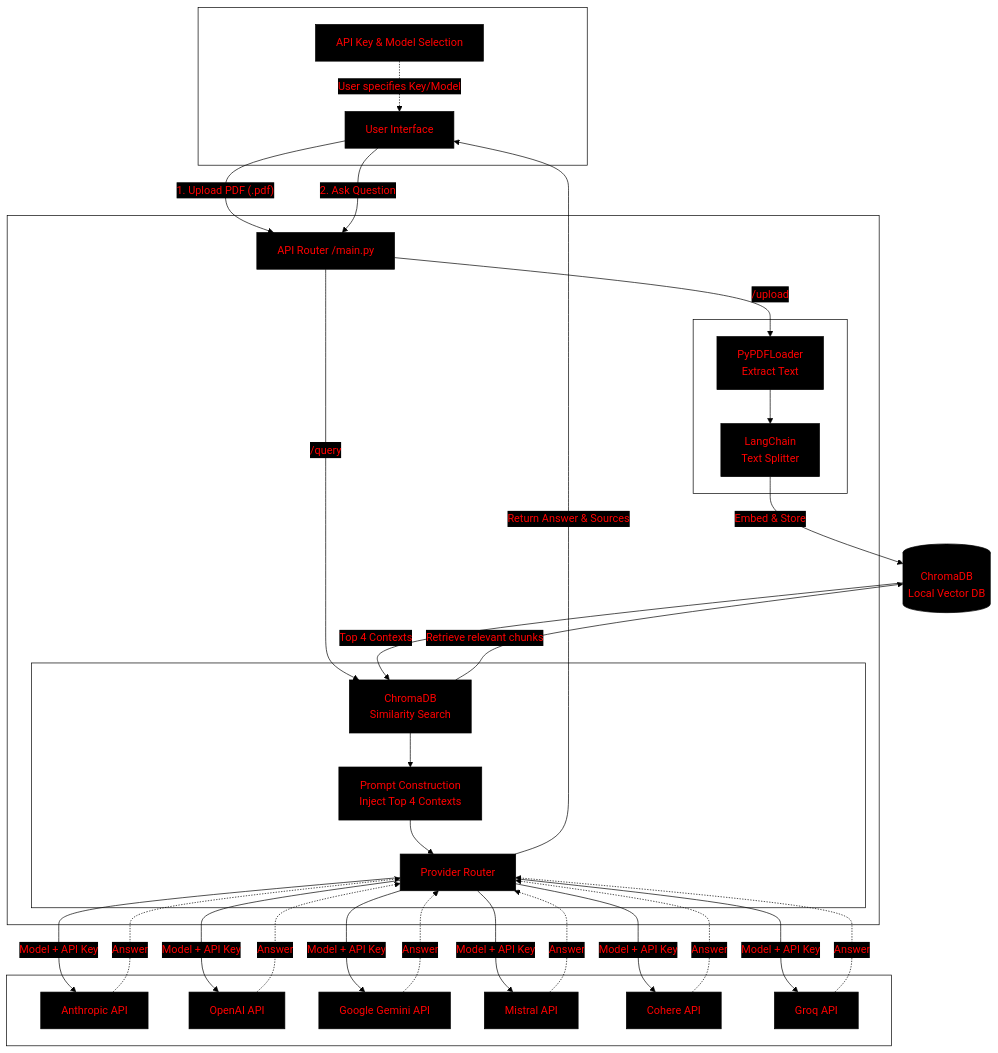
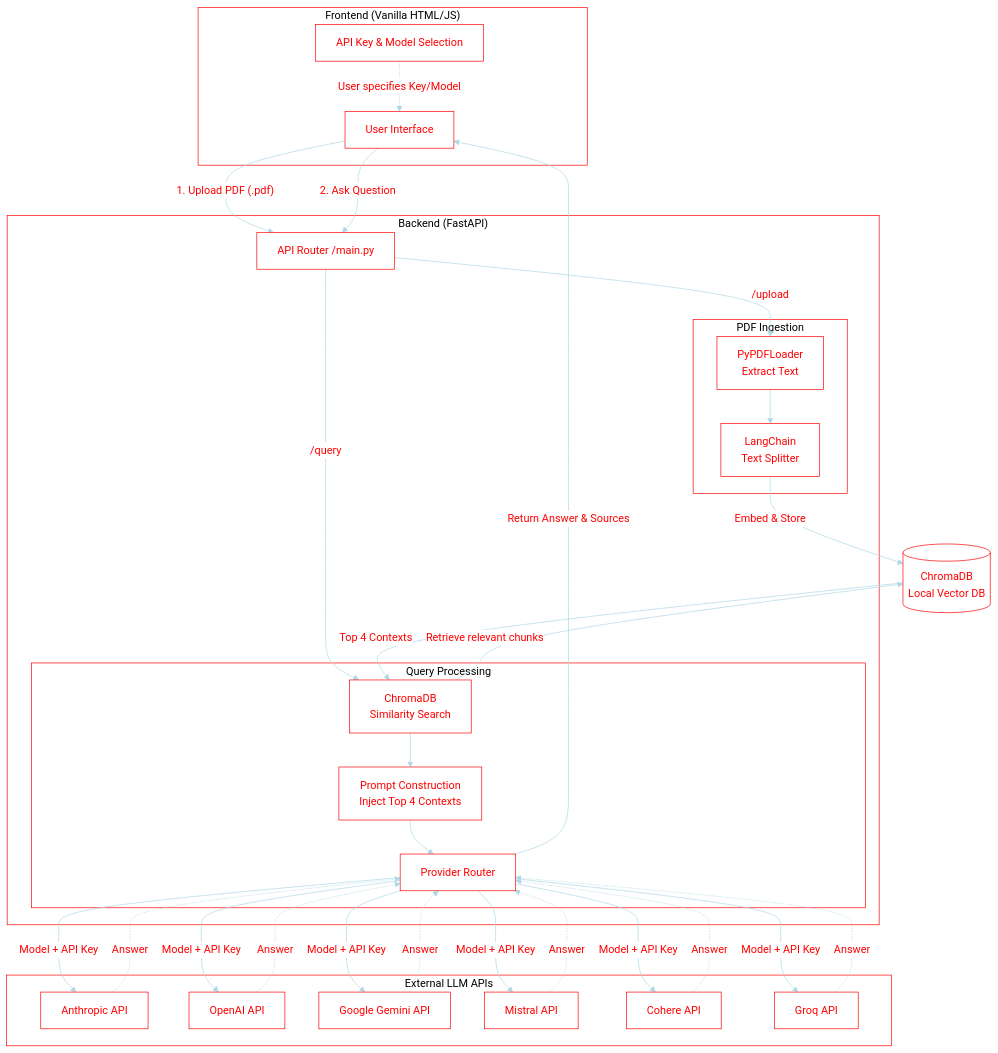
The diagram in README.md (kethanpabbi/DocMind---AI-Document-Q-A), drawn with Mermaid before and after one commit.

Commit message:
Update Mermaid styling: transparent bg, blue arrows, red outlines

````diff
--- a/README.md
+++ b/README.md
@@ -72,79 +72,78 @@
 ```mermaid
 %%{init: {
   'theme': 'base',
   'themeVariables': {
-    'background': '#ffffff',
-    'primaryColor': '#000000',
+    'primaryColor': '#ffffff',
     'primaryTextColor': '#ff0000',
-    'primaryBorderColor': '#000000',
-    'lineColor': '#000000',
-    'secondaryColor': '#000000',
-    'tertiaryColor': '#000000',
-    'clusterBkg': '#ffffff',
-    'clusterBorder': '#000000'
+    'primaryBorderColor': '#ff0000',
+    'lineColor': '#add8e6',
+    'secondaryColor': '#ffffff',
+    'tertiaryColor': '#ffffff',
+    'clusterBkg': 'transparent',
+    'clusterBorder': '#ff0000'
   }
 }}%%
 flowchart TD
     %% Subgraphs
     subgraph Frontend ["Frontend (Vanilla HTML/JS)"]
         UI[User Interface]
         Config[API Key & Model Selection]
     end
 
     subgraph Backend ["Backend (FastAPI)"]
         API[API Router /main.py]
         
         subgraph Ingestion ["PDF Ingestion"]
             Parse[PyPDFLoader<br/>Extract Text]
             Chunk[LangChain<br/>Text Splitter]
         end
         
         subgraph Query ["Query Processing"]
             Search[ChromaDB<br/>Similarity Search]
             PromptGen[Prompt Construction<br/>Inject Top 4 Contexts]
             Router[Provider Router]
         end
     end
 
     VectorDB[(ChromaDB<br/>Local Vector DB)]
 
     subgraph ExternalProviders ["External LLM APIs"]
         Anthropic[Anthropic API]
         OpenAI[OpenAI API]
         Google[Google Gemini API]
         Mistral[Mistral API]
         Cohere[Cohere API]
         Groq[Groq API]
     end
 
     %% Edges
     UI -- "1. Upload PDF (.pdf)" --> API
     API -- "/upload" --> Parse
     Parse --> Chunk
     Chunk -- "Embed & Store" --> VectorDB
 
     Config -. "User specifies Key/Model" .-> UI
     UI -- "2. Ask Question" --> API
     
     API -- "/query" --> Search
     Search -- "Retrieve relevant chunks" --> VectorDB
     VectorDB -- "Top 4 Contexts" --> Search
     Search --> PromptGen
     PromptGen --> Router
     
     Router -- "Model + API Key" --> Anthropic
     Router -- "Model + API Key" --> OpenAI
     Router -- "Model + API Key" --> Google
     Router -- "Model + API Key" --> Mistral
     Router -- "Model + API Key" --> Cohere
     Router -- "Model + API Key" --> Groq
     
     Anthropic -. "Answer" .-> Router
     OpenAI -. "Answer" .-> Router
     Google -. "Answer" .-> Router
     Mistral -. "Answer" .-> Router
     Cohere -. "Answer" .-> Router
     Groq -. "Answer" .-> Router
     
     Router -- "Return Answer & Sources" --> UI
 ```
````
